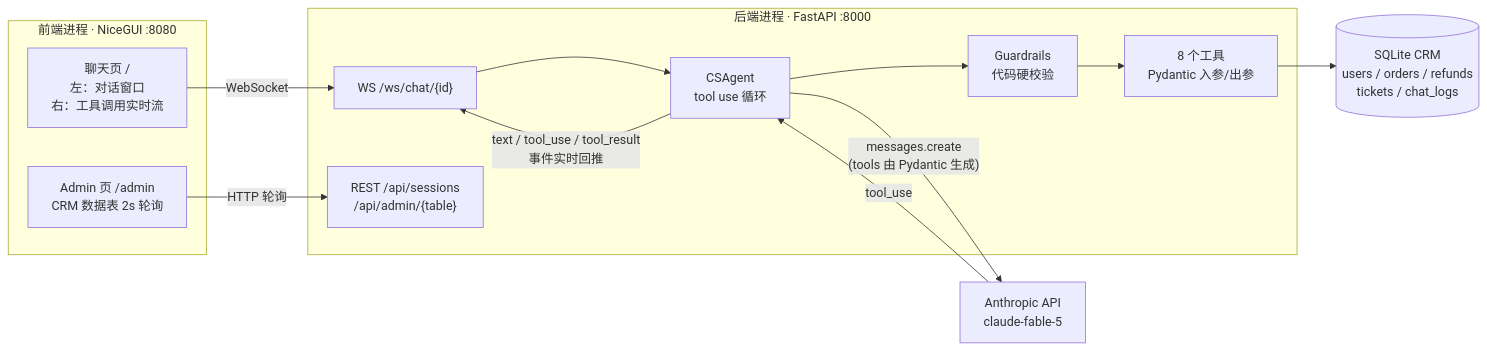
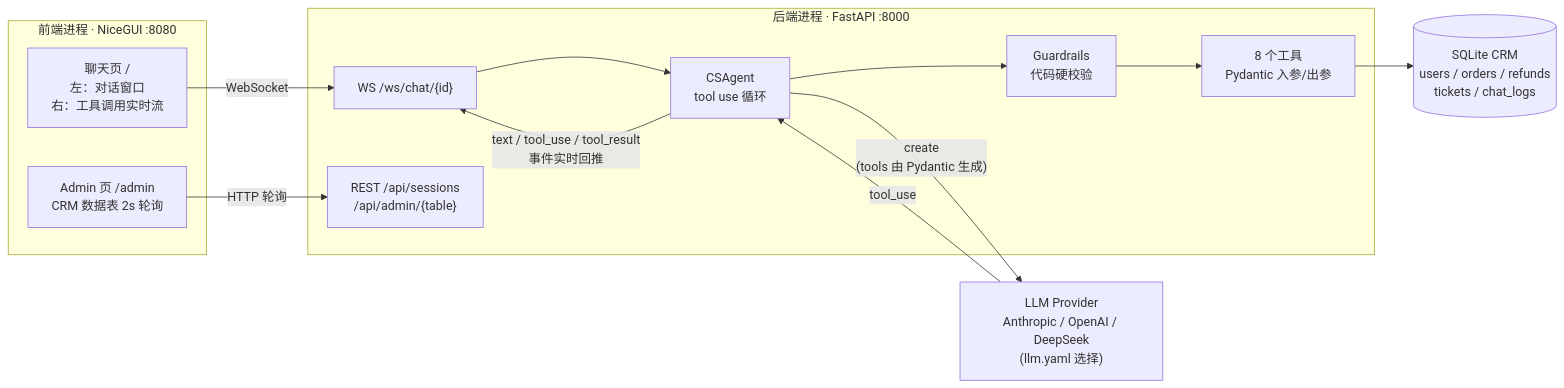
Before and after one commit to tokens-overflow/SCL: the diagram in ai-cs-agent/README.md, drawn with Mermaid. The commit also changed other lines of this file and 14 other files, not shown here.

First line of the commit message:
feat(ai-cs-agent): YAML 驱动的多 LLM provider 接入（Anthropic/OpenAI/DeepSeek）

````diff
--- a/ai-cs-agent/README.md
+++ b/ai-cs-agent/README.md
@@ -30,26 +31,26 @@
 ```mermaid
 flowchart LR
     subgraph FE["前端进程 · NiceGUI :8080"]
         Chat["聊天页 /<br/>左：对话窗口<br/>右：工具调用实时流"]
         Admin["Admin 页 /admin<br/>CRM 数据表 2s 轮询"]
     end
 
     subgraph BE["后端进程 · FastAPI :8000"]
         WS["WS /ws/chat/{id}"]
         REST["REST /api/sessions<br/>/api/admin/{table}"]
         Agent["CSAgent<br/>tool use 循环"]
         Guard["Guardrails<br/>代码硬校验"]
         Tools["8 个工具<br/>Pydantic 入参/出参"]
     end
 
     DB[("SQLite CRM<br/>users / orders / refunds<br/>tickets / chat_logs")]
-    Claude["Anthropic API<br/>claude-fable-5"]
+    LLM["LLM Provider<br/>Anthropic / OpenAI / DeepSeek<br/>(llm.yaml 选择)"]
 
     Chat -- "WebSocket" --> WS
     Admin -- "HTTP 轮询" --> REST
     WS --> Agent
-    Agent -- "messages.create<br/>(tools 由 Pydantic 生成)" --> Claude
-    Claude -- "tool_use" --> Agent
+    Agent -- "create<br/>(tools 由 Pydantic 生成)" --> LLM
+    LLM -- "tool_use" --> Agent
     Agent --> Guard --> Tools --> DB
     Agent -- "text / tool_use / tool_result<br/>事件实时回推" --> WS
 ```
````
